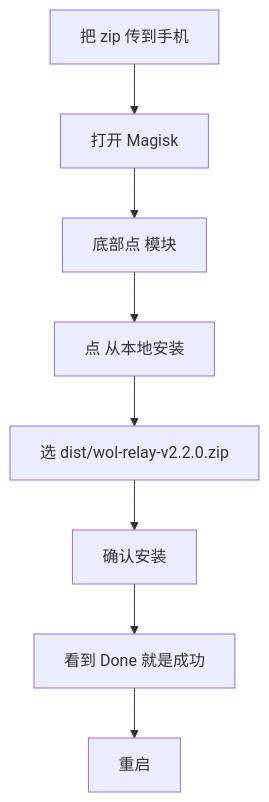
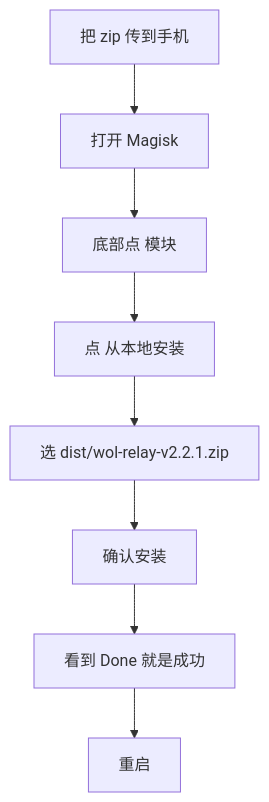
Before and after one commit to huangJUN6666/wol-relay-android: the second of 6 diagrams in docs/03-备用机部署.md, drawn with Mermaid. The commit also changed other lines of this file and 7 other files, not shown here.

````diff
--- a/docs/03-备用机部署.md
+++ b/docs/03-备用机部署.md
@@ -67,10 +67,10 @@
 ```mermaid
 flowchart TD
     A[把 zip 传到手机] --> B[打开 Magisk]
     B --> C[底部点 模块]
     C --> D[点 从本地安装]
-    D --> E[选 dist/wol-relay-v2.2.0.zip]
+    D --> E[选 dist/wol-relay-v2.2.1.zip]
     E --> F[确认安装]
     F --> G[看到 Done 就是成功]
     G --> H[重启]
 ```
````
